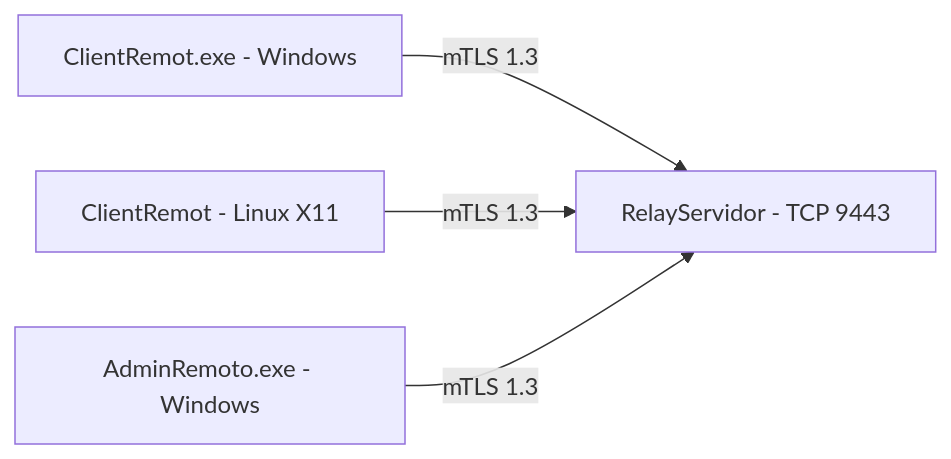
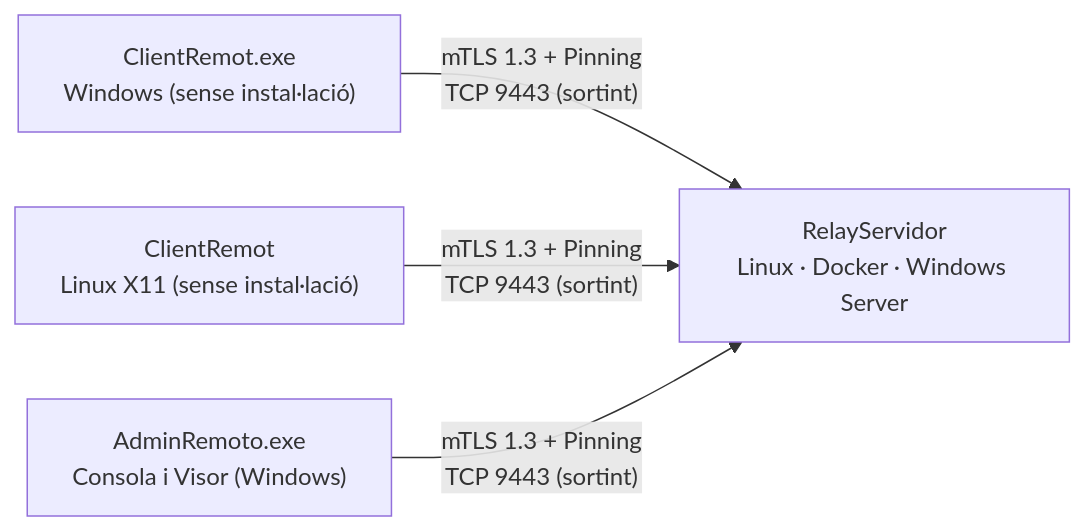
One commit to jaanque/Gecko changed the first of 2 diagrams in README.md. Above: the diagram before and after it, drawn with Mermaid. The commit also changed other lines of this file, not shown here.

````diff
--- a/README.md
+++ b/README.md
@@ -5,6 +25,6 @@
 ```mermaid
 flowchart LR
-    CW["ClientRemot.exe - Windows"] -- "mTLS 1.3" --> R["RelayServidor - TCP 9443"]
-    CL["ClientRemot - Linux X11"] -- "mTLS 1.3" --> R
-    A["AdminRemoto.exe - Windows"] -- "mTLS 1.3" --> R
+    CW["ClientRemot.exe<br/>Windows (sense instal·lació)"] -- "mTLS 1.3 + Pinning<br/>TCP 9443 (sortint)" --> R["RelayServidor<br/>Linux · Docker · Windows Server"]
+    CL["ClientRemot<br/>Linux X11 (sense instal·lació)"] -- "mTLS 1.3 + Pinning<br/>TCP 9443 (sortint)" --> R
+    A["AdminRemoto.exe<br/>Consola i Visor (Windows)"] -- "mTLS 1.3 + Pinning<br/>TCP 9443 (sortint)" --> R
 ```
````
